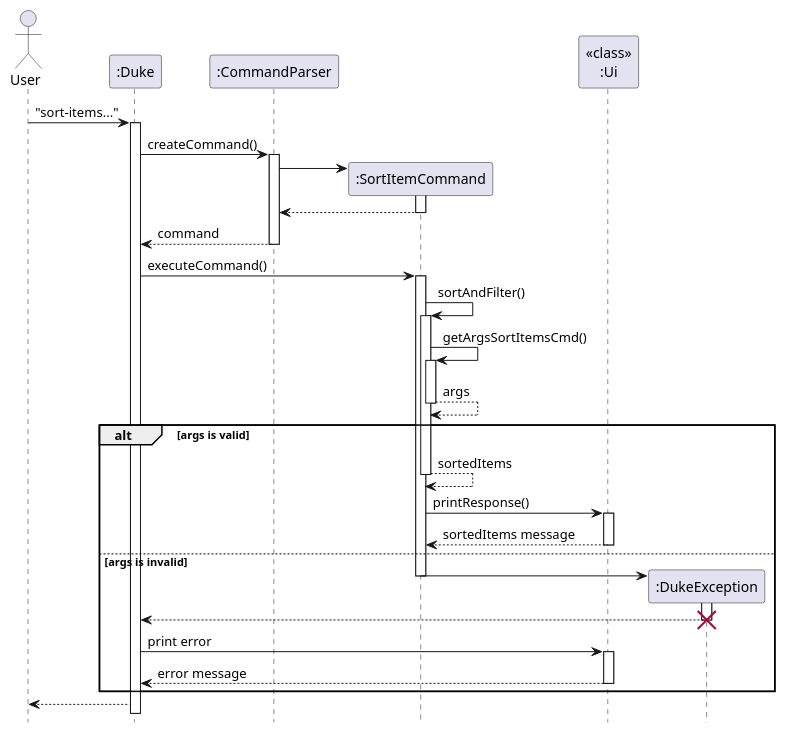
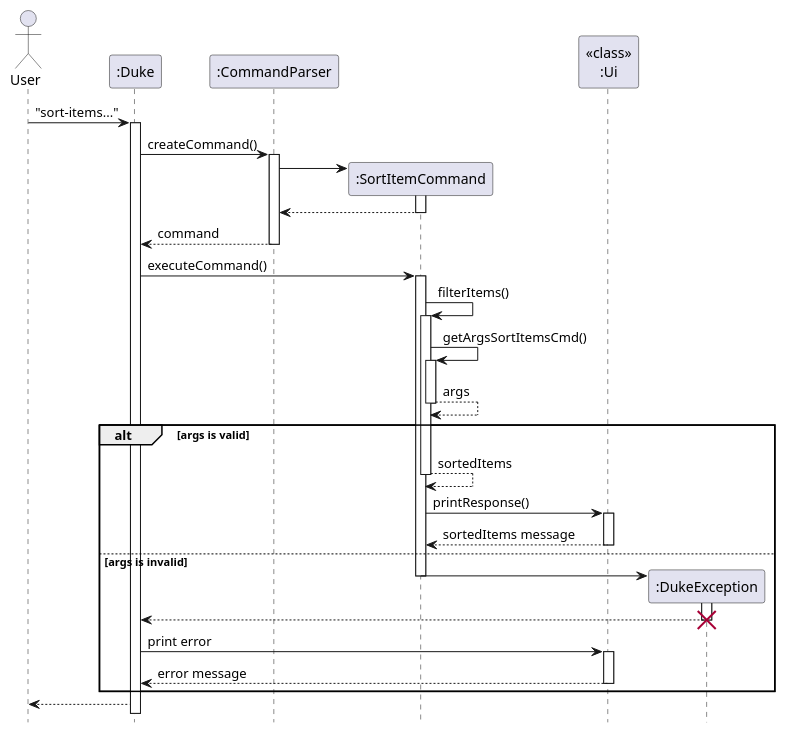
One commit to nus-cs2113-AY2223S1/tp changed the diagram in docs/diagrams/item/SortItemsSequence.puml. Above: the diagram before and after it, drawn with PlantUML. The commit also changed 1 other file, not shown here.

```diff
--- a/docs/diagrams/item/SortItemsSequence.puml
+++ b/docs/diagrams/item/SortItemsSequence.puml
@@ -1,38 +1,38 @@
 @startuml
 hide footbox
 Actor User
 "User" -> ":Duke": "sort-items..."
 activate ":Duke"
 ":Duke" -> ":CommandParser": createCommand()
 activate ":CommandParser"
 ":CommandParser" -> ":SortItemCommand"**
 activate ":SortItemCommand"
 return
 ":CommandParser" --> ":Duke": command
 deactivate
 ":Duke" -> ":SortItemCommand" : executeCommand()
 activate ":SortItemCommand"
-":SortItemCommand" -> ":SortItemCommand": sortAndFilter()
+":SortItemCommand" -> ":SortItemCommand": filterItems()
 activate ":SortItemCommand"
 ":SortItemCommand" -> ":SortItemCommand": getArgsSortItemsCmd()
 activate ":SortItemCommand"
 return args
 alt args is valid
     return sortedItems
     ":SortItemCommand" -> "<<class>>\n:Ui": printResponse()
     activate "<<class>>\n:Ui"
     return sortedItems message
 else args is invalid
     ":SortItemCommand" -> ":DukeException"**
      activate ":DukeException"
      deactivate ":SortItemCommand"
      ":DukeException" --> ":Duke"
      deactivate ":DukeException"
      destroy ":DukeException"
      ":Duke" -> "<<class>>\n:Ui" : print error
      activate "<<class>>\n:Ui"
      "<<class>>\n:Ui" --> ":Duke" : error message
      deactivate "<<class>>\n:Ui"
 end
 ":Duke" --> "User"
 @enduml
```
